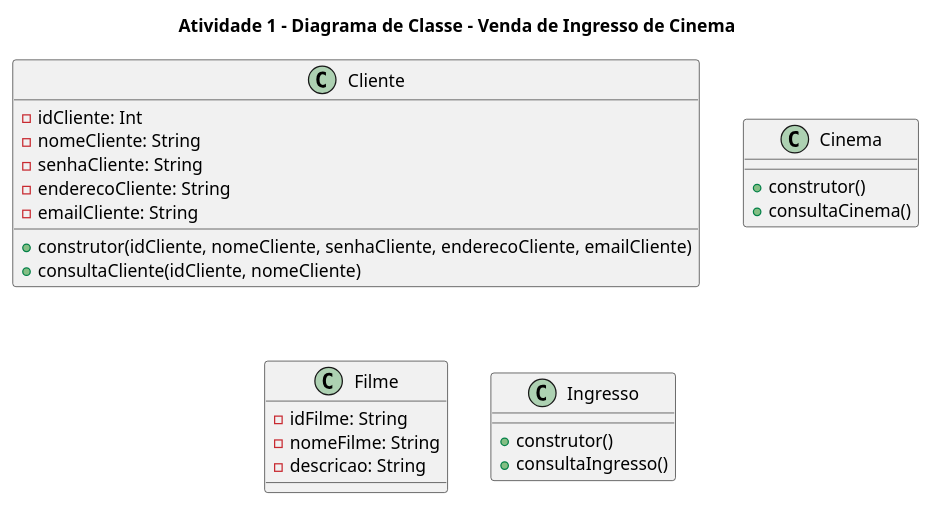
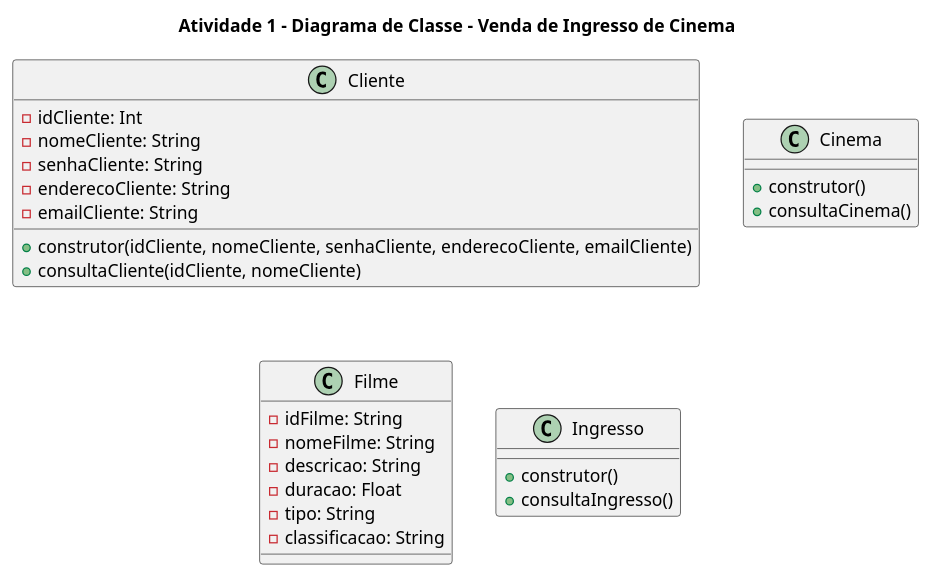
One commit to anleaes/2023-1-N1-POO-09 changed the diagram in Modelagem/Clientes.plantuml. Above: the diagram before and after it, drawn with PlantUML.

Commit message:
Classificação

```diff
--- a/Modelagem/Clientes.plantuml
+++ b/Modelagem/Clientes.plantuml
@@ -2,35 +2,38 @@
 @startuml A1
 
 title Atividade 1 - Diagrama de Classe - Venda de Ingresso de Cinema
 
 
     class Cliente{
     - idCliente: Int
     - nomeCliente: String
     - senhaCliente: String 
     - enderecoCliente: String
     - emailCliente: String
     + construtor(idCliente, nomeCliente, senhaCliente, enderecoCliente, emailCliente)
     + consultaCliente(idCliente, nomeCliente)
 }
 
 class Cinema{
 
     + construtor()
     + consultaCinema()
 }
 
 class Filme{
     - idFilme: String
     - nomeFilme: String
     - descricao: String
+    - duracao: Float
+    - tipo: String
+    - classificacao: String
 }
 
 class Ingresso{
 
     + construtor()
     + consultaIngresso()
 }
 
 
 @enduml
```
